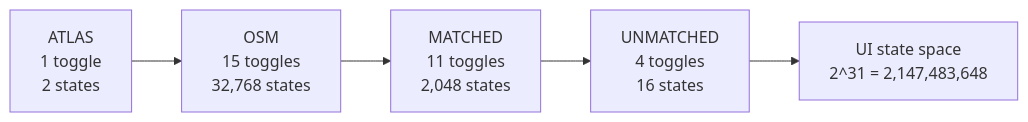
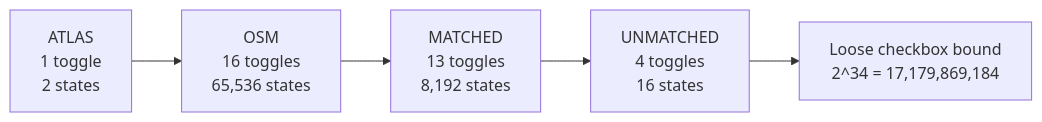
One commit to openTdataCH/stop_sync_osm_atlas changed the first of 4 diagrams in documentation/6.3.1 Global Stats precomputed approach.md. Above: the diagram before and after it, drawn with Mermaid. The commit also changed other lines of this file and 29 other files, not shown here.

````diff
--- a/documentation/6.3.1 Global Stats precomputed approach.md
+++ b/documentation/6.3.1 Global Stats precomputed approach.md
@@ -29,10 +29,10 @@
 ```mermaid
 flowchart LR
       A["ATLAS<br>1 toggle<br>2 states"]
-      B["OSM<br>15 toggles<br>32,768 states"]
-      C["MATCHED<br>11 toggles<br>2,048 states"]
+      B["OSM<br>16 toggles<br>65,536 states"]
+      C["MATCHED<br>13 toggles<br>8,192 states"]
       D["UNMATCHED<br>4 toggles<br>16 states"]
-      T["UI state space<br>2^31 = 2,147,483,648"]
+      T["Loose checkbox bound<br>2^34 = 17,179,869,184"]
 
       A --> B --> C --> D --> T
 ```
````
